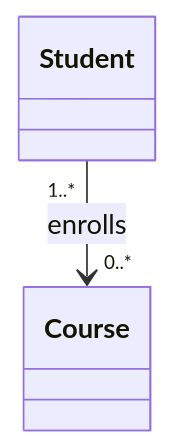
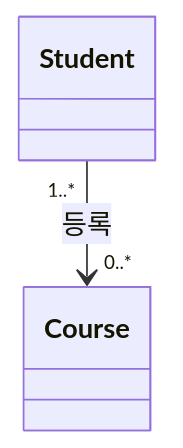
One commit to kikyung/kikyung.github.io changed the fifth of 5 diagrams in _posts/2025-09-28-mermaid-chart-3-클래스-다이어그램.md. Above: the diagram before and after it, drawn with Mermaid. The commit also changed other lines of this file, not shown here.

Commit message:
fix(mermaid): correct classDiagram syntax errors and invalid relationship notations

````diff
--- a/_posts/2025-09-28-mermaid-chart-3-클래스-다이어그램.md
+++ b/_posts/2025-09-28-mermaid-chart-3-클래스-다이어그램.md
@@ -130,7 +179,7 @@
 ```mermaid
 classDiagram
-  class Student
-  class Course
+  Student
+  Course
   
-  Student "1..*" --> "0..*" Course : enrolls
+  Student "1..*" --> "0..*" Course : 등록
 ```
````
